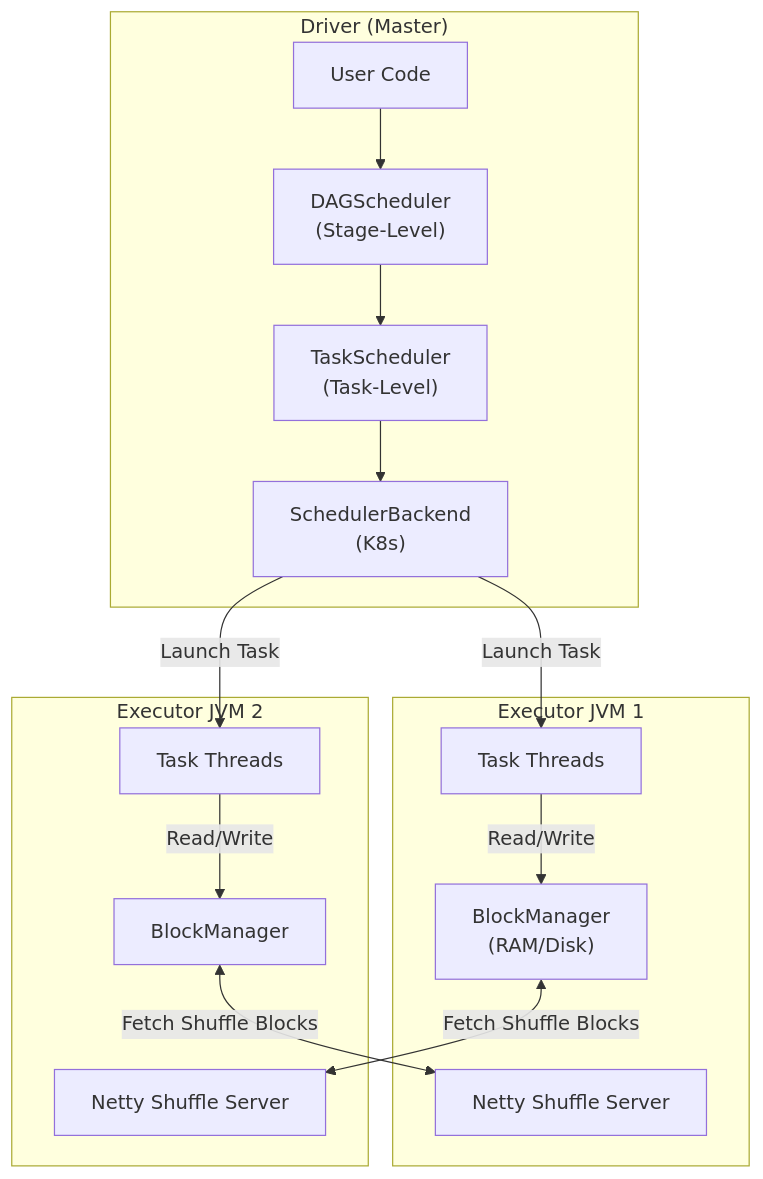
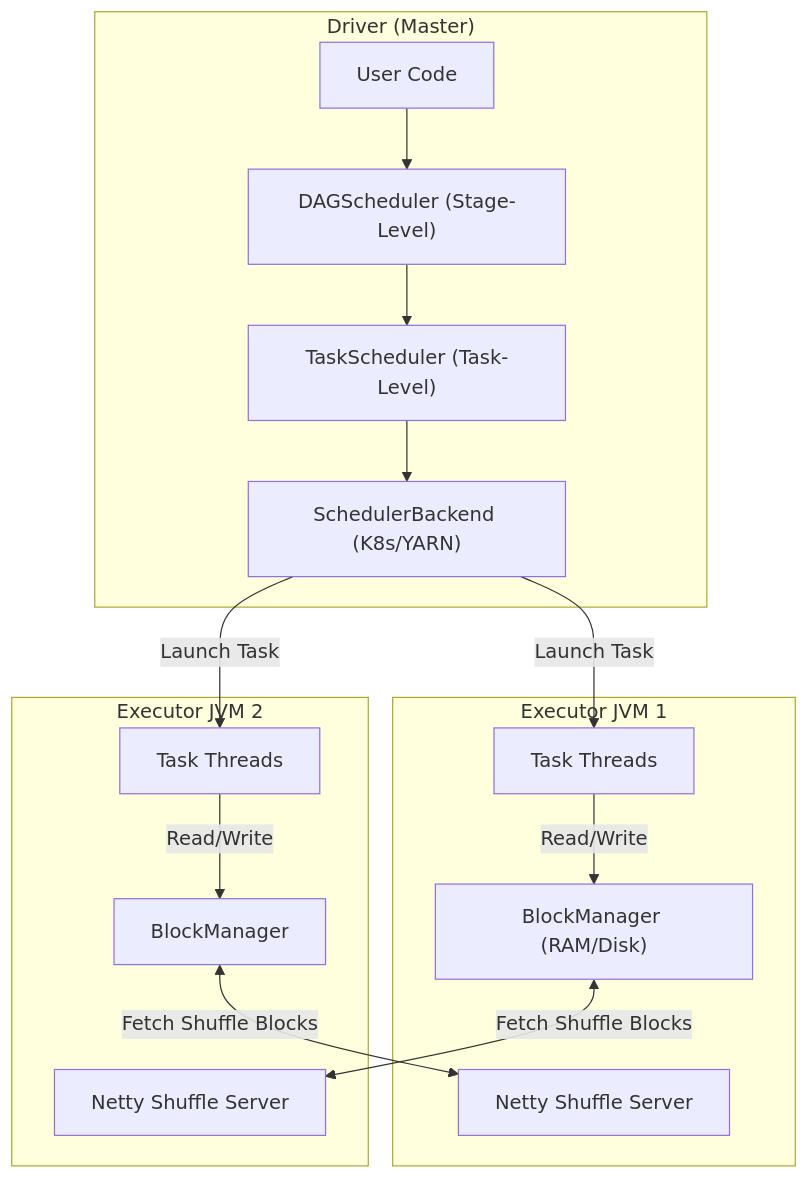
Before and after one commit to Anmol33/SystemDesign: the first of 6 diagrams in Batch Processing/02_Apache_Spark.md, drawn with Mermaid. The commit also changed other lines of this file and 7 other files, not shown here.

````diff
--- a/Batch Processing/02_Apache_Spark.md
+++ b/Batch Processing/02_Apache_Spark.md
@@ -14,27 +37,27 @@
 ```mermaid
 graph TD
     subgraph Driver["Driver (Master)"]
-        Code["User Code"] --> DAG["DAGScheduler<br/>(Stage-Level)"]
-        DAG --> TS["TaskScheduler<br/>(Task-Level)"]
-        TS --> SB["SchedulerBackend<br/>(K8s)"]
+        Code["User Code"] --> DAG["DAGScheduler (Stage-Level)"]
+        DAG --> TS["TaskScheduler (Task-Level)"]
+        TS --> SB["SchedulerBackend (K8s/YARN)"]
     end
 
     subgraph Executor1["Executor JVM 1"]
         ThreadPool1["Task Threads"]
-        BM1["BlockManager<br/>(RAM/Disk)"]
+        BM1["BlockManager (RAM/Disk)"]
         Netty1["Netty Shuffle Server"]
     end
     
     subgraph Executor2["Executor JVM 2"]
         ThreadPool2["Task Threads"]
         BM2["BlockManager"]
         Netty2["Netty Shuffle Server"]
     end
 
     SB -->|Launch Task| ThreadPool1
     SB -->|Launch Task| ThreadPool2
     ThreadPool1 -->|Read/Write| BM1
     ThreadPool2 -->|Read/Write| BM2
     BM1 <-->|Fetch Shuffle Blocks| Netty2
     BM2 <-->|Fetch Shuffle Blocks| Netty1
 ```
````
